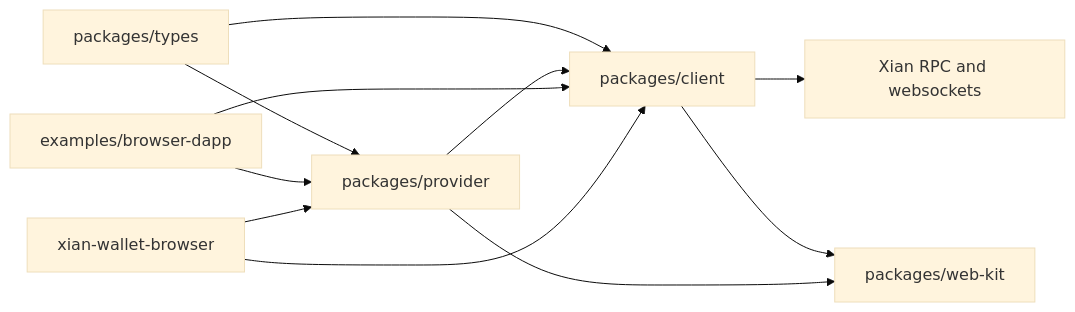
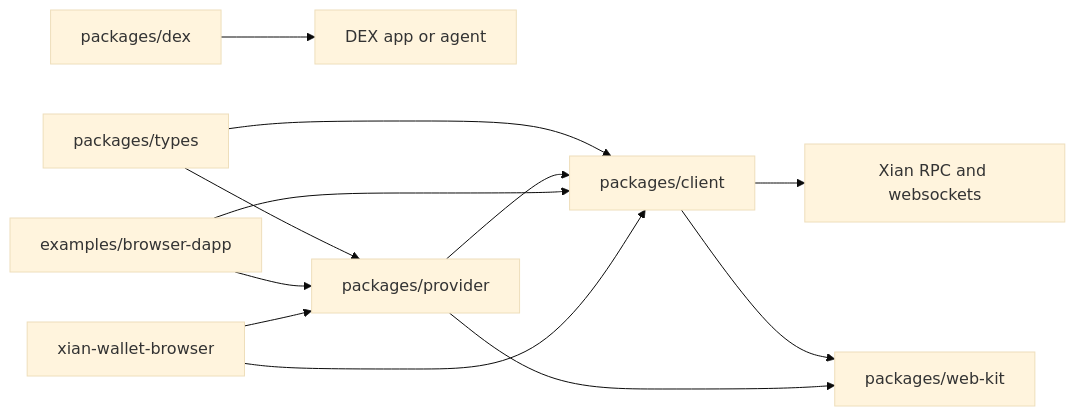
Before and after one commit to xian-technology/xian-js: the diagram in packages/README.md, drawn with Mermaid (base theme). The commit also changed other lines of this file and 25 other files, not shown here.

````diff
--- a/packages/README.md
+++ b/packages/README.md
@@ -25,13 +29,14 @@
 ```mermaid
 flowchart LR
   Types["packages/types"] --> Client["packages/client"]
+  Dex["packages/dex"] --> Dapp["DEX app or agent"]
   Types --> Provider["packages/provider"]
   Client --> RPC["Xian RPC and websockets"]
   Provider --> Client
   Client --> WebKit["packages/web-kit"]
   Provider --> WebKit
   Example["examples/browser-dapp"] --> Provider
   Example --> Client
   WalletProduct["xian-wallet-browser"] --> Provider
   WalletProduct --> Client
 ```
````
